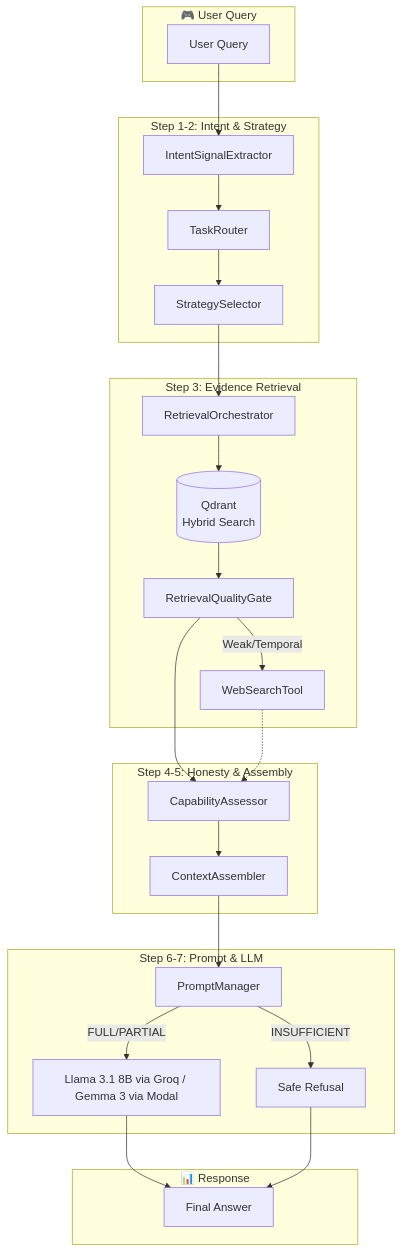
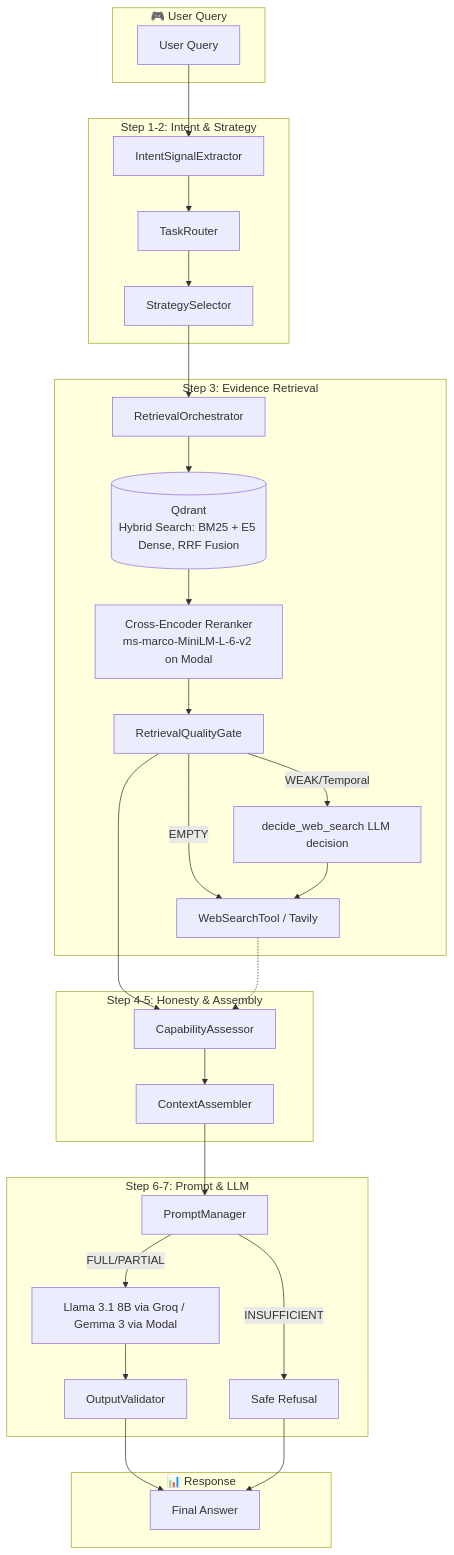
The first of 2 diagrams in README.md (SukeshShetty1010/RAGent), drawn with Mermaid before and after one commit. The commit also changed other lines of this file, not shown here.

````diff
--- a/README.md
+++ b/README.md
@@ -27,47 +27,54 @@
 ```mermaid
 flowchart TB
     subgraph Input["🎮 User Query"]
         Q[User Query]
     end
     
     subgraph Routing["Step 1-2: Intent & Strategy"]
         IE[IntentSignalExtractor]
         TR[TaskRouter]
         SS[StrategySelector]
         Q --> IE
         IE --> TR
         TR --> SS
     end
     
     subgraph Retrieval["Step 3: Evidence Retrieval"]
         RO[RetrievalOrchestrator]
-        WV[(Qdrant<br/>Hybrid Search)]
+        WV[(Qdrant<br/>Hybrid Search: BM25 + E5 Dense, RRF Fusion)]
+        RR[Cross-Encoder Reranker<br/>ms-marco-MiniLM-L-6-v2 on Modal]
         QG[RetrievalQualityGate]
-        WS[WebSearchTool]
+        WD[decide_web_search LLM decision]
+        WS[WebSearchTool / Tavily]
         SS --> RO
         RO --> WV
-        WV --> QG
-        QG -->|Weak/Temporal| WS
+        WV --> RR
+        RR --> QG
+        QG -->|EMPTY| WS
+        QG -->|WEAK/Temporal| WD
+        WD --> WS
     end
     
     subgraph Assessment["Step 4-5: Honesty & Assembly"]
         CA[CapabilityAssessor]
         CTX[ContextAssembler]
         QG --> CA
         WS -.-> CA
         CA --> CTX
     end
     
     subgraph Generation["Step 6-7: Prompt & LLM"]
         PM[PromptManager]
         LLM[Llama 3.1 8B via Groq / Gemma 3 via Modal]
+        OV[OutputValidator]
         CTX --> PM
         PM -->|FULL/PARTIAL| LLM
         PM -->|INSUFFICIENT| REF[Safe Refusal]
+        LLM --> OV
     end
     
     subgraph Output["📊 Response"]
-        LLM --> ANS[Final Answer]
+        OV --> ANS[Final Answer]
         REF --> ANS
     end
 ```
````
